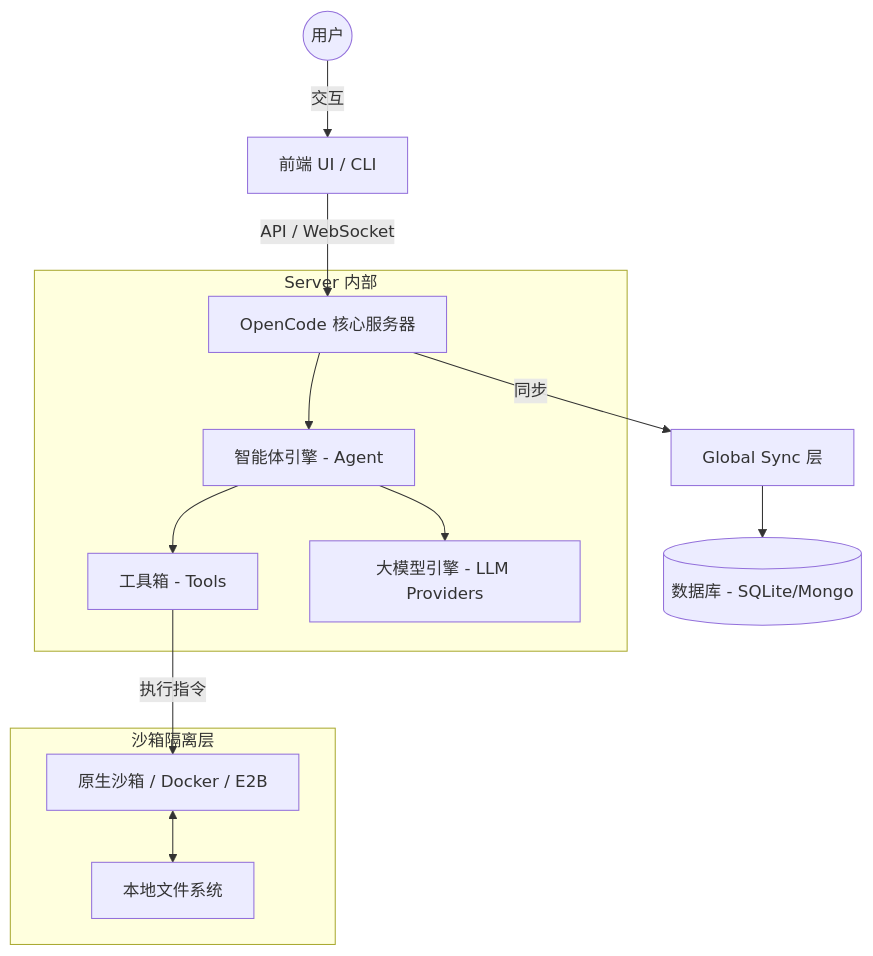
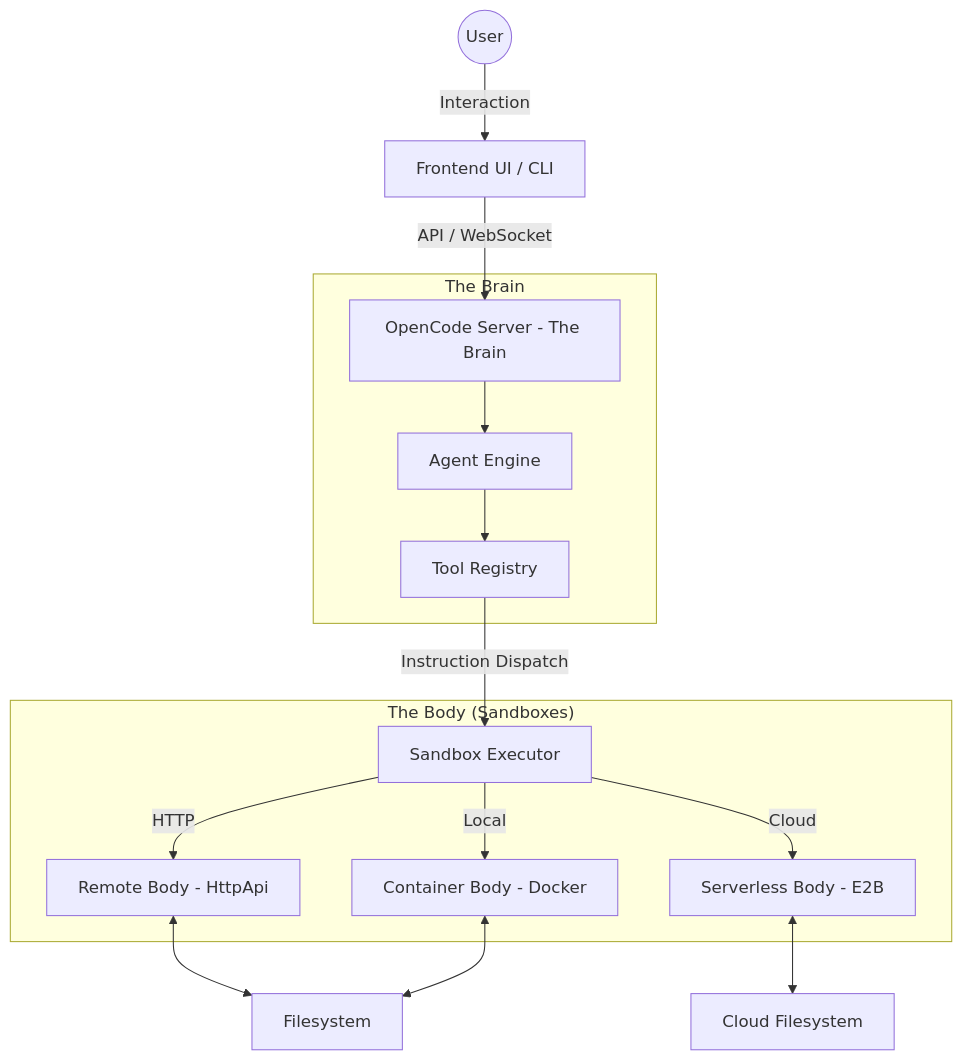
Before and after one commit to 147qaz258-ead/opencode-ref: the diagram in README.md, drawn with Mermaid. The commit also changed other lines of this file and 1 other file, not shown here.

Commit message:
docs: formalize Brain-Body architecture and add feature details in EN/CN

````diff
--- a/README.md
+++ b/README.md
@@ -20,19 +20,21 @@
 ```mermaid
 graph TD
-    User((用户)) -->|交互| UI[前端 UI / CLI]
-    UI -->|API / WebSocket| Server[OpenCode 核心服务器]
+    User((User)) -->|Interaction| UI[Frontend UI / CLI]
+    UI -->|API / WebSocket| Brain[OpenCode Server - The Brain]
 
-    subgraph "Server 内部"
-        Server --> Agent[智能体引擎 - Agent]
-        Agent --> Tool[工具箱 - Tools]
-        Agent --> Brain[大模型引擎 - LLM Providers]
+    subgraph "The Brain"
+        Brain --> Agent[Agent Engine]
+        Agent --> ToolSet[Tool Registry]
     end
 
-    subgraph "沙箱隔离层"
-        Tool -->|执行指令| Sandbox[原生沙箱 / Docker / E2B]
-        Sandbox <--> LocalFS[本地文件系统]
+    subgraph "The Body (Sandboxes)"
+        ToolSet -->|Instruction Dispatch| Executor[Sandbox Executor]
+        Executor -->|HTTP| HttpBody[Remote Body - HttpApi]
+        Executor -->|Local| DockerBody[Container Body - Docker]
+        Executor -->|Cloud| E2BBody[Serverless Body - E2B]
     end
 
-    Server -->|同步| Sync[Global Sync 层]
-    Sync --> DB[(数据库 - SQLite/Mongo)]
+    HttpBody <--> LocalFS[Filesystem]
+    DockerBody <--> LocalFS
+    E2BBody <--> CloudFS[Cloud Filesystem]
 ```
````
